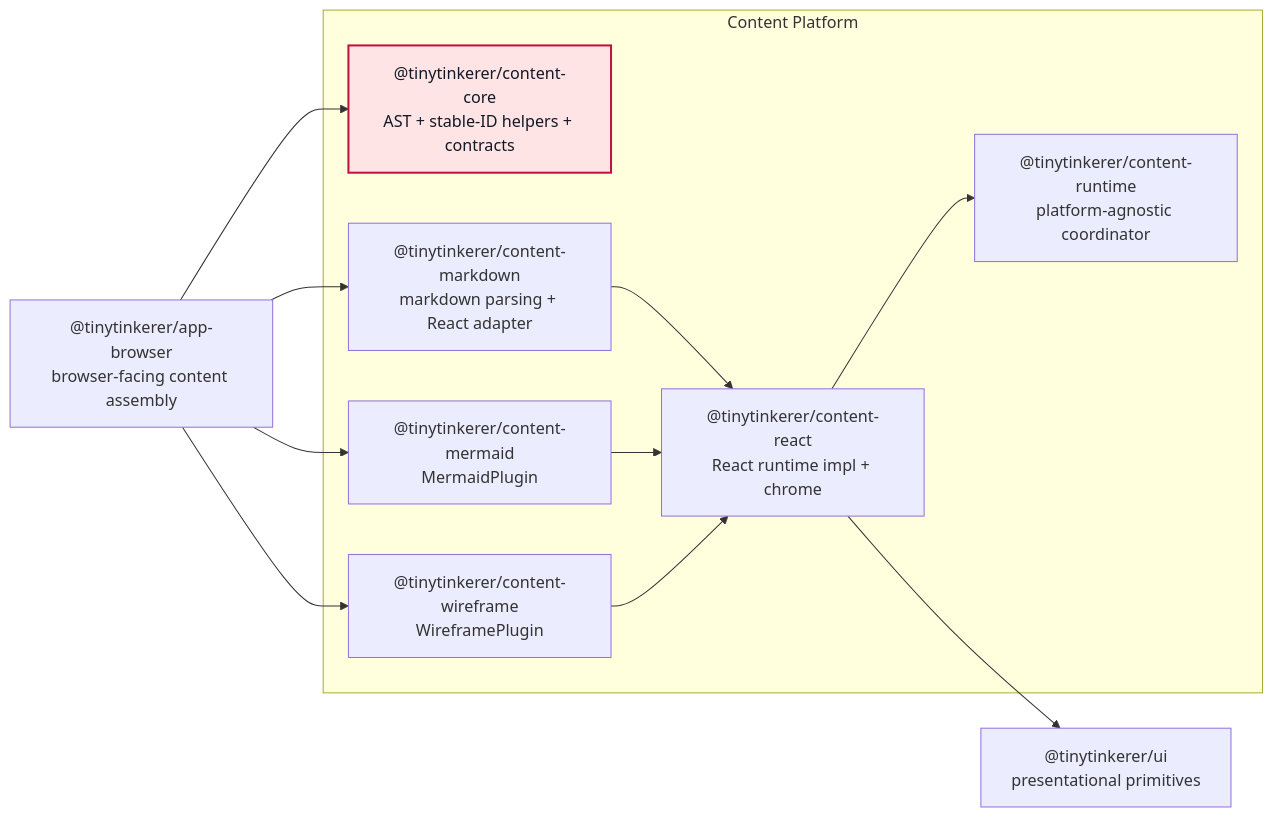
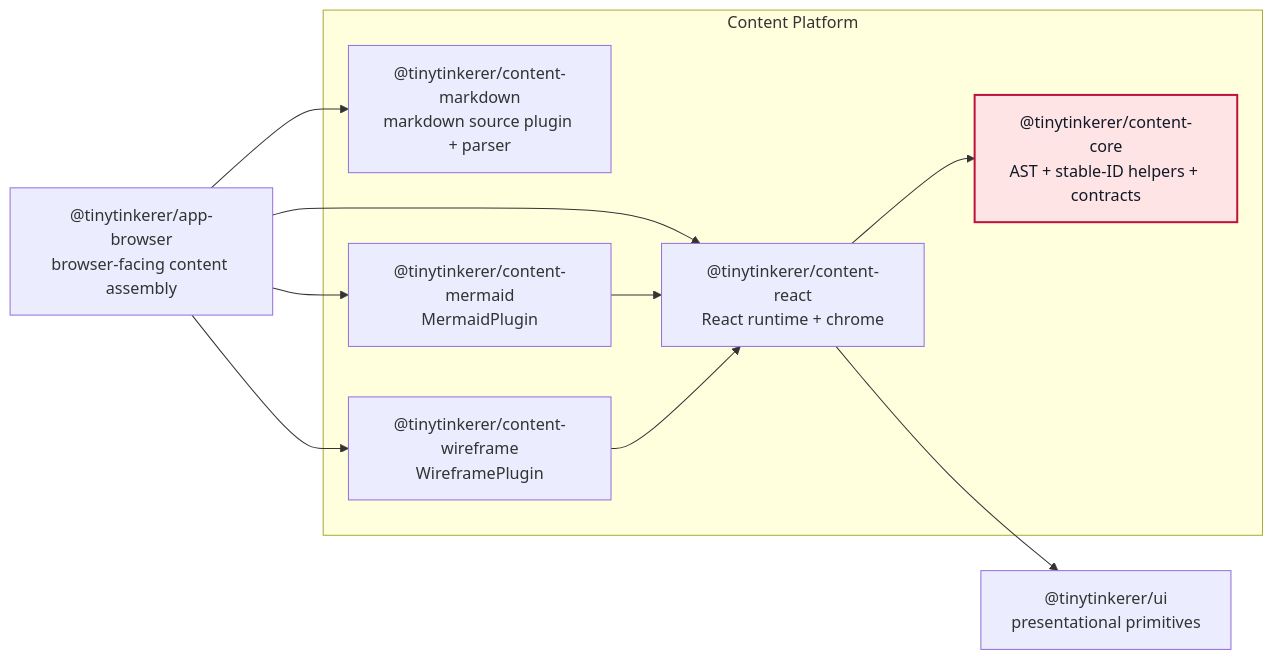
Before and after one commit to NNTin/tinytinkerer: the diagram in docs/content-platform.md, drawn with Mermaid. The commit also changed other lines of this file and 31 other files, not shown here.

````diff
--- a/docs/content-platform.md
+++ b/docs/content-platform.md
@@ -219,30 +201,28 @@
 ```mermaid
 flowchart LR
   appbrowser["@tinytinkerer/app-browser<br/>browser-facing content assembly"]
 
   subgraph ContentPlatform["Content Platform"]
     contentcore["@tinytinkerer/content-core<br/>AST + stable-ID helpers + contracts"]
-    contentruntime["@tinytinkerer/content-runtime<br/>platform-agnostic coordinator"]
-    contentreact["@tinytinkerer/content-react<br/>React runtime impl + chrome"]
-    contentmarkdown["@tinytinkerer/content-markdown<br/>markdown parsing + React adapter"]
+    contentreact["@tinytinkerer/content-react<br/>React runtime + chrome"]
+    contentmarkdown["@tinytinkerer/content-markdown<br/>markdown source plugin + parser"]
     contentmermaid["@tinytinkerer/content-mermaid<br/>MermaidPlugin"]
     contentwireframe["@tinytinkerer/content-wireframe<br/>WireframePlugin"]
   end
 
   ui["@tinytinkerer/ui<br/>presentational primitives"]
 
   appbrowser --> contentmarkdown
+  appbrowser --> contentreact
   appbrowser --> contentmermaid
   appbrowser --> contentwireframe
-  appbrowser --> contentcore
 
-  contentreact --> contentruntime
+  contentreact --> contentcore
   contentreact --> ui
 
-  contentmarkdown --> contentreact
   contentmermaid --> contentreact
   contentwireframe --> contentreact
 
   classDef coreLayer fill:#ffe4e6,stroke:#be123c,color:#111827,stroke-width:2px;
   class contentcore coreLayer;
 ```
````
